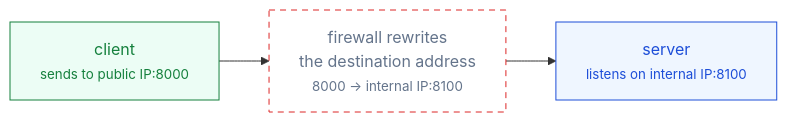
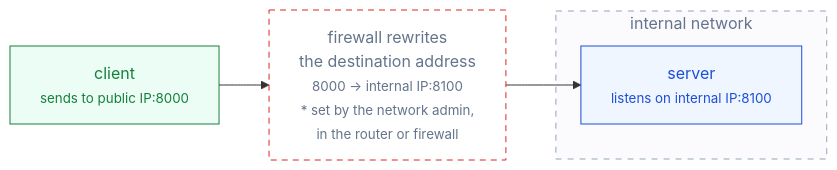
The third of 5 diagrams in _drafts/ko/proxy-and-port-forwarding.md (ssyrc/ssyrc.github.io), drawn with Mermaid before and after one commit. The commit also changed other lines of this file and 2 other files, not shown here.

````diff
--- a/_drafts/ko/proxy-and-port-forwarding.md
+++ b/_drafts/ko/proxy-and-port-forwarding.md
@@ -41,12 +93,18 @@
 ```mermaid
 flowchart LR
-    C["client<br/><small>sends to public IP:8000</small>"] --> F["firewall rewrites<br/>the destination address<br/><small>8000 &rarr; internal IP:8100</small>"]
-    F --> S["server<br/><small>listens on internal IP:8100</small>"]
+    C["client<br/><small>sends to public IP:8000</small>"]
+    C --> F["firewall rewrites<br/>the destination address<br/><small>8000 &rarr; internal IP:8100</small><br/><small>* set by the network admin,<br/>in the router or firewall</small>"]
+    subgraph INT["internal network"]
+        S["server<br/><small>listens on internal IP:8100</small>"]
+    end
+    F --> S
     class C client
     class F kernel
     class S server
+    class INT zone
     classDef client fill:#ecfdf5,stroke:#15803d,color:#15803d
     classDef proxy  fill:#fef2f2,stroke:#dc2626,color:#dc2626
     classDef server fill:#eff6ff,stroke:#1d4ed8,color:#1d4ed8
     classDef kernel fill:#ffffff,stroke:#dc2626,color:#64748b,stroke-dasharray:6 5
+    classDef zone   fill:#fbfbfe,stroke:#94a3b8,color:#64748b,stroke-dasharray:6 6
 ```
````
